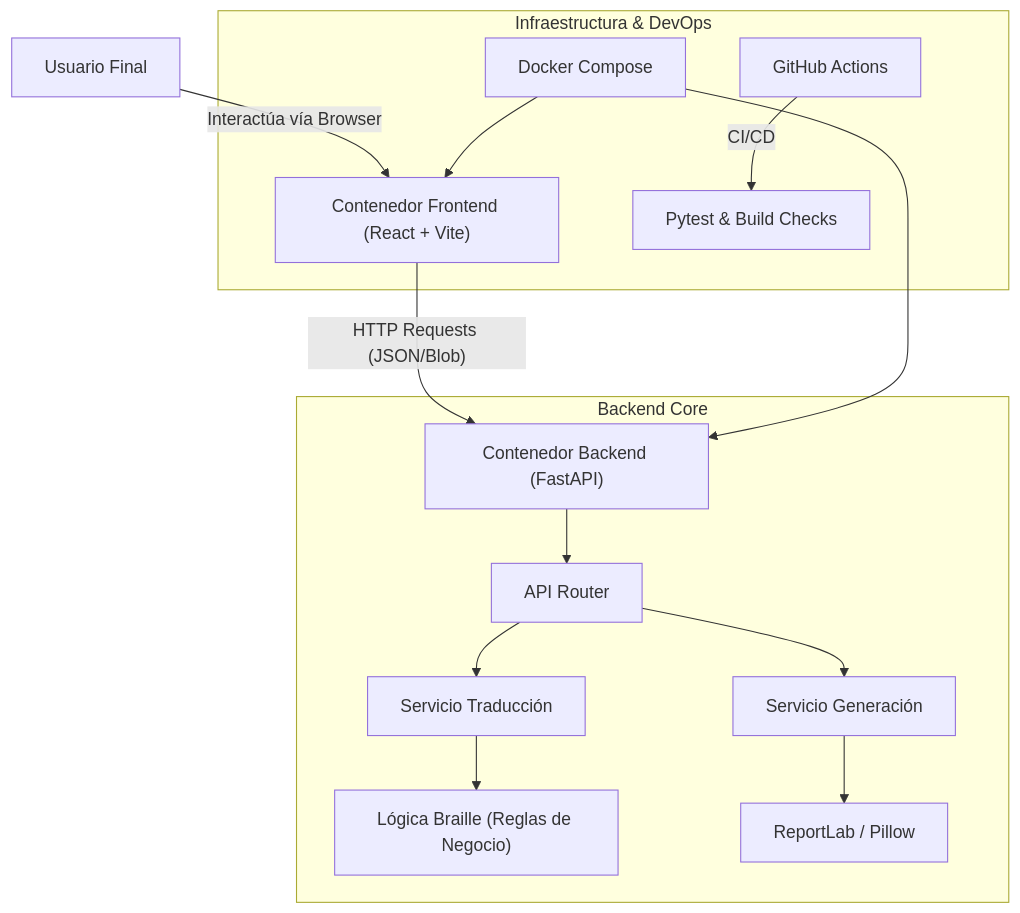
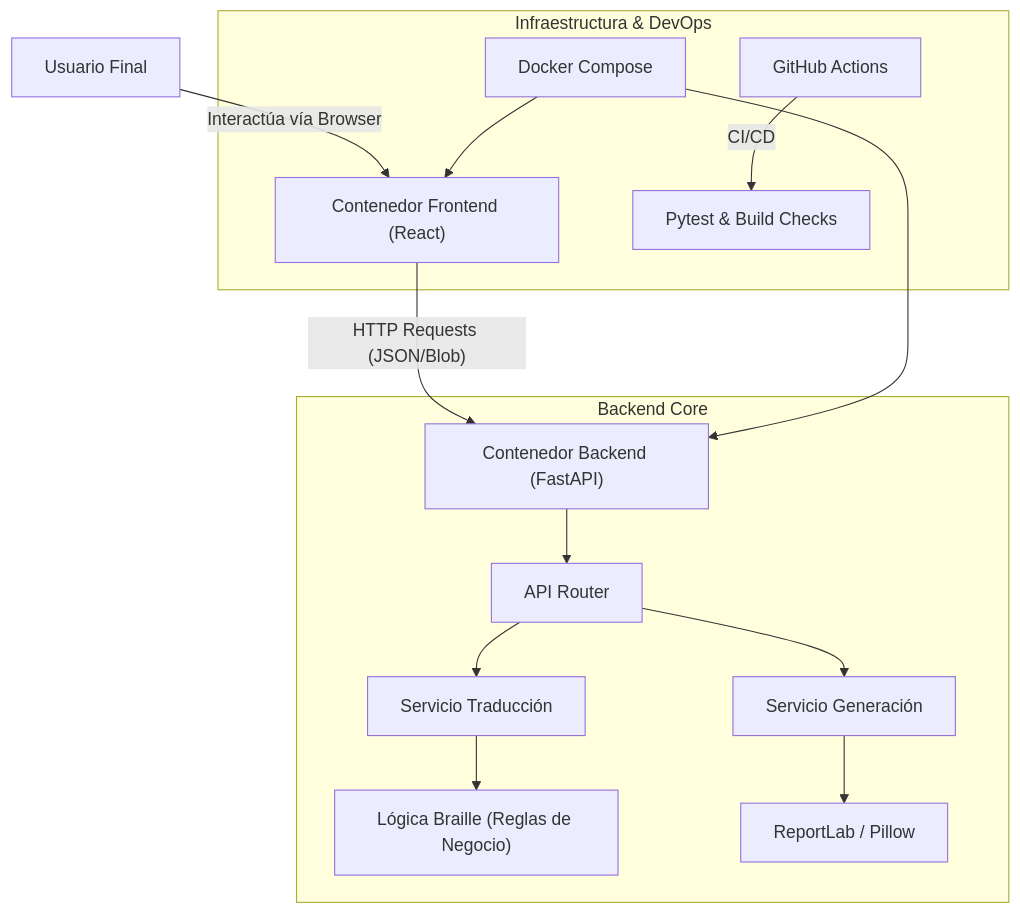
The diagram in Docs/arquitectura.md (KealPetu/Proyecto-transcriptor-braille), drawn with Mermaid before and after one commit.

````diff
--- a/Docs/arquitectura.md
+++ b/Docs/arquitectura.md
@@ -11,19 +11,19 @@
 ```mermaid
 graph TD
-    User["Usuario Final"] -->|Interactúa vía Browser| Frontend["Contenedor Frontend (React + Vite)"]
+    User["Usuario Final"] -->|Interactúa vía Browser| Frontend["Contenedor Frontend (React)"]
     Frontend -->|"HTTP Requests (JSON/Blob)"| Backend["Contenedor Backend (FastAPI)"]
     
     subgraph "Backend Core"
         Backend --> Router["API Router"]
         Router --> ServiceT["Servicio Traducción"]
         Router --> ServiceG["Servicio Generación"]
         ServiceT --> Logic["Lógica Braille (Reglas de Negocio)"]
         ServiceG --> Libs["ReportLab / Pillow"]
     end
     
     subgraph "Infraestructura & DevOps"
         Docker["Docker Compose"] --> Frontend
         Docker --> Backend
         GitHub["GitHub Actions"] -->|"CI/CD"| Tests["Pytest & Build Checks"]
     end
 ```
````
